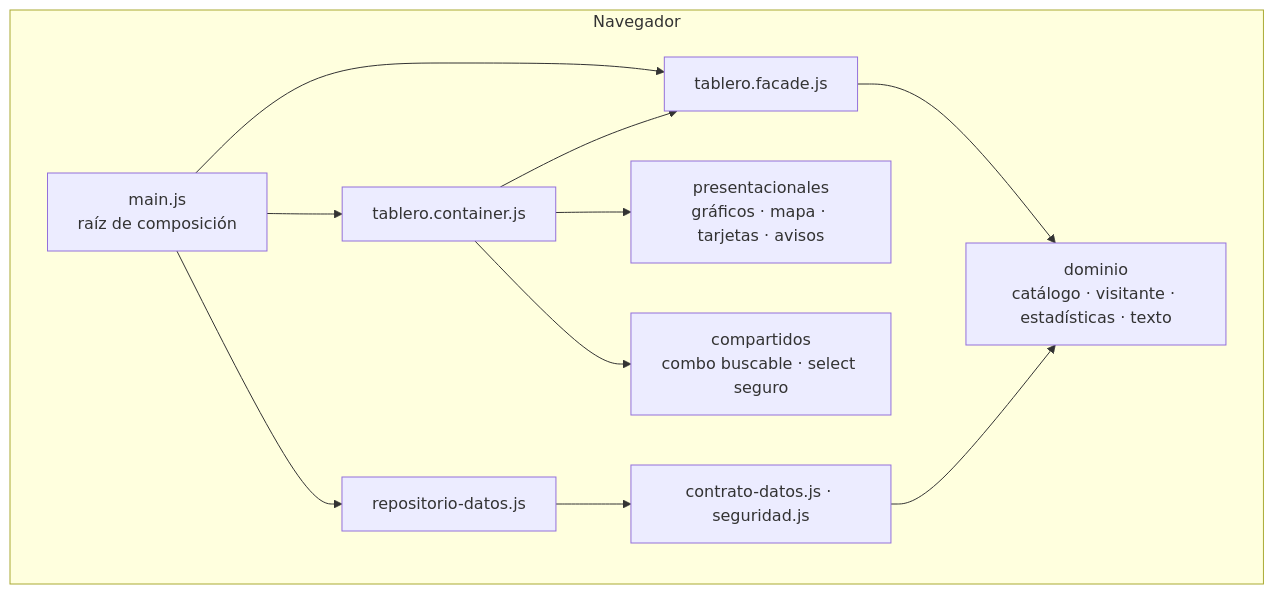
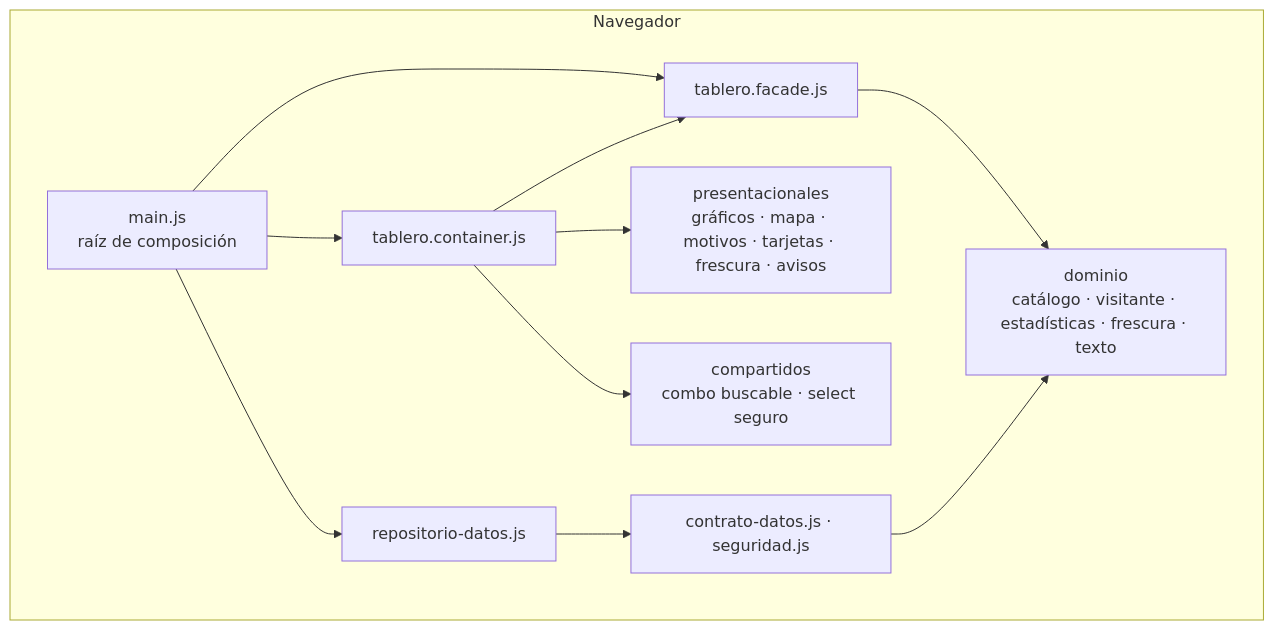
The first of 2 diagrams in docs/arquitectura.md (Alexis-VsCode/turismo-patate), drawn with Mermaid before and after one commit. The commit also changed other lines of this file and 18 other files, not shown here.

````diff
--- a/docs/arquitectura.md
+++ b/docs/arquitectura.md
@@ -9,14 +9,14 @@
 ```mermaid
 flowchart TB
     subgraph Navegador
         M[main.js<br/>raíz de composición] --> C[tablero.container.js]
         M --> F[tablero.facade.js]
         M --> R[repositorio-datos.js]
         C --> F
-        C --> P[presentacionales<br/>gráficos · mapa · tarjetas · avisos]
+        C --> P[presentacionales<br/>gráficos · mapa · motivos · tarjetas · frescura · avisos]
         C --> K[compartidos<br/>combo buscable · select seguro]
-        F --> D[dominio<br/>catálogo · visitante · estadísticas · texto]
+        F --> D[dominio<br/>catálogo · visitante · estadísticas · frescura · texto]
         R --> I[contrato-datos.js · seguridad.js]
         I --> D
     end
 ```
````
